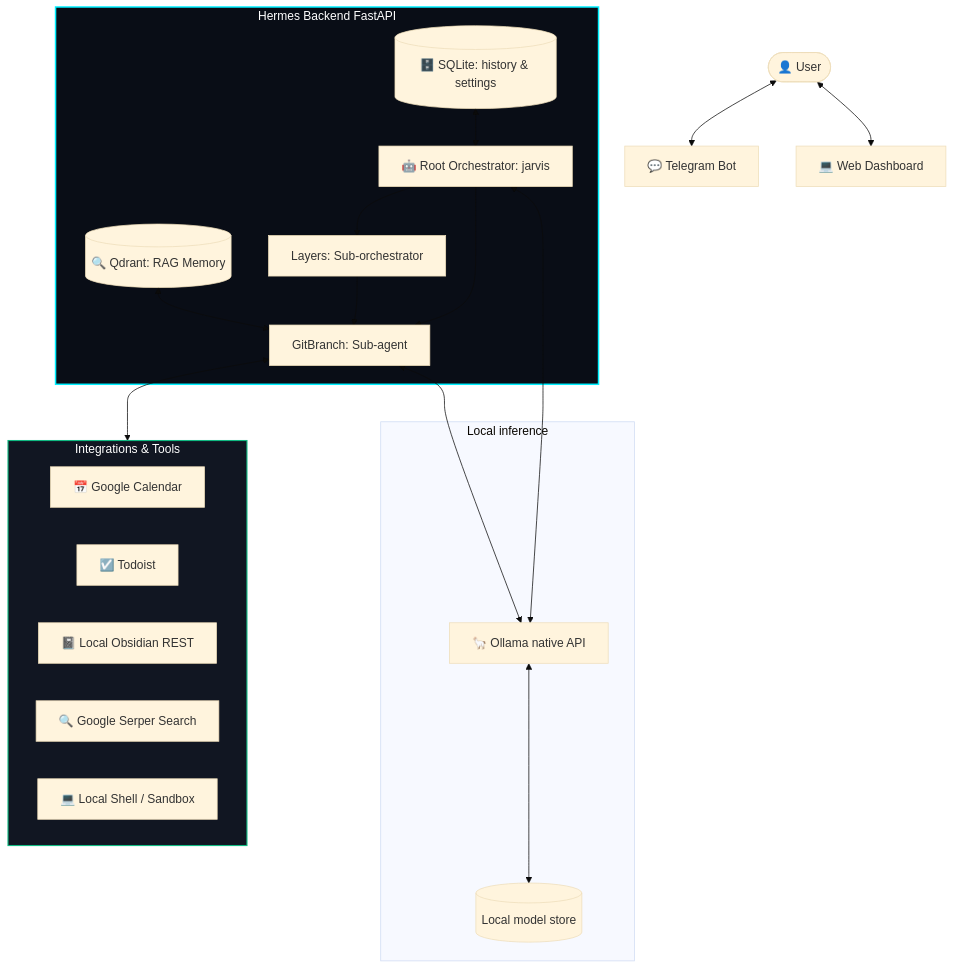
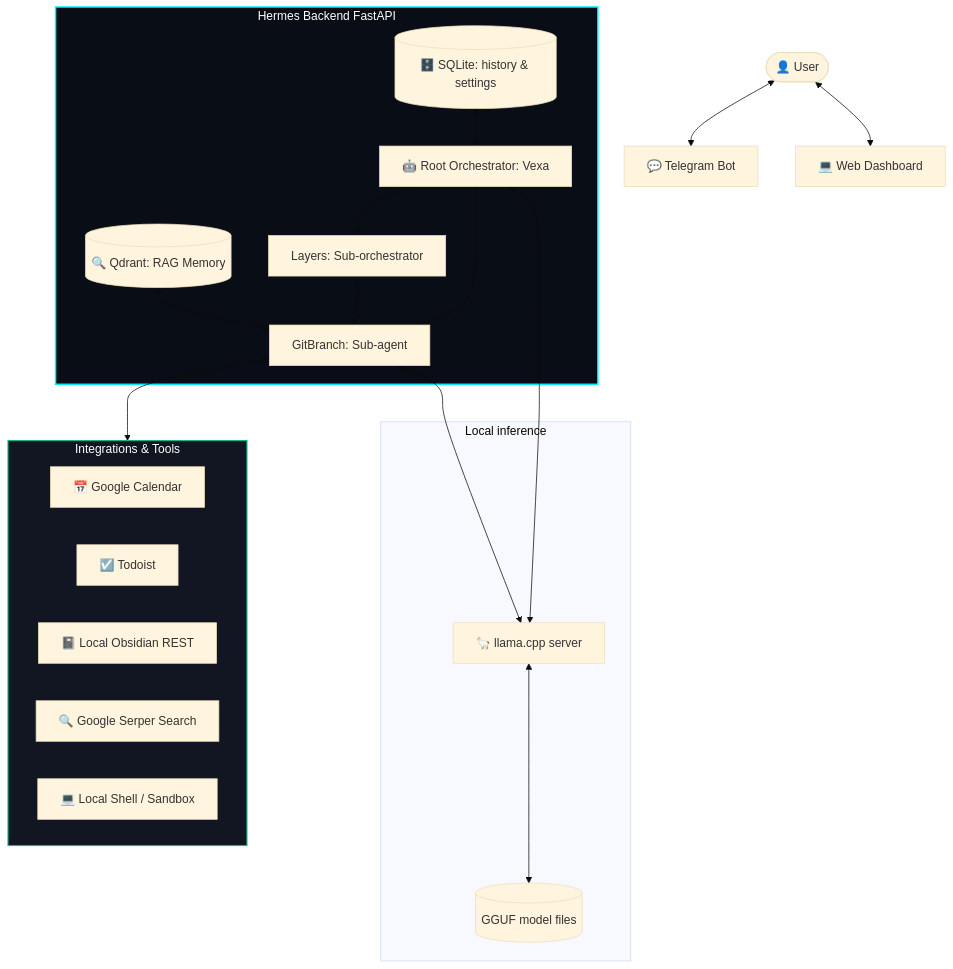
The diagram in README.md (Webonnix/hermes-synapse), drawn with Mermaid (base theme) before and after one commit. The commit also changed other lines of this file and 12 other files, not shown here.

````diff
--- a/README.md
+++ b/README.md
@@ -29,40 +29,40 @@
 ```mermaid
 graph TD
     User([👤 User]) <--> TG[💬 Telegram Bot]
     User <--> Web[💻 Web Dashboard]
     
     subgraph Backend [Hermes Backend FastAPI]
-        Orch[🤖 Root Orchestrator: jarvis]
+        Orch[🤖 Root Orchestrator: Vexa]
         SubOrch[Layers: Sub-orchestrator]
         SubAgent[GitBranch: Sub-agent]
         
         Orch --> SubOrch
         Orch --> SubAgent
         SubOrch --> SubAgent
         
         DB[(🗄️ SQLite: history & settings)] <--> Orch
         Qdrant[(🔍 Qdrant: RAG Memory)] <--> SubAgent
     end
 
     subgraph Inference [Local inference]
-        Ollama[🦙 Ollama native API]
-        Models[(Local model store)]
-        Ollama <--> Models
+        Llama[🦙 llama.cpp server]
+        Models[(GGUF model files)]
+        Llama <--> Models
     end
 
-    Orch <--> Ollama
-    SubAgent <--> Ollama
+    Orch <--> Llama
+    SubAgent <--> Llama
     
     subgraph ExternalServices [Integrations & Tools]
         Google[📅 Google Calendar]
         Todoist[☑️ Todoist]
         Obsidian[📓 Local Obsidian REST]
         WebSearch[🔍 Google Serper Search]
         LocalExec[💻 Local Shell / Sandbox]
     end
     
     SubAgent <--> ExternalServices
     
     style Backend fill:#090d16,stroke:#00f0ff,stroke-width:2px,color:#fff
     style ExternalServices fill:#111622,stroke:#10b981,stroke-width:1.5px,color:#fff
 ```
````
